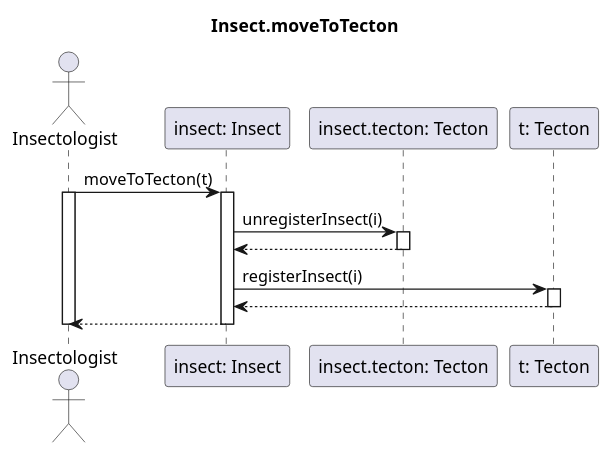
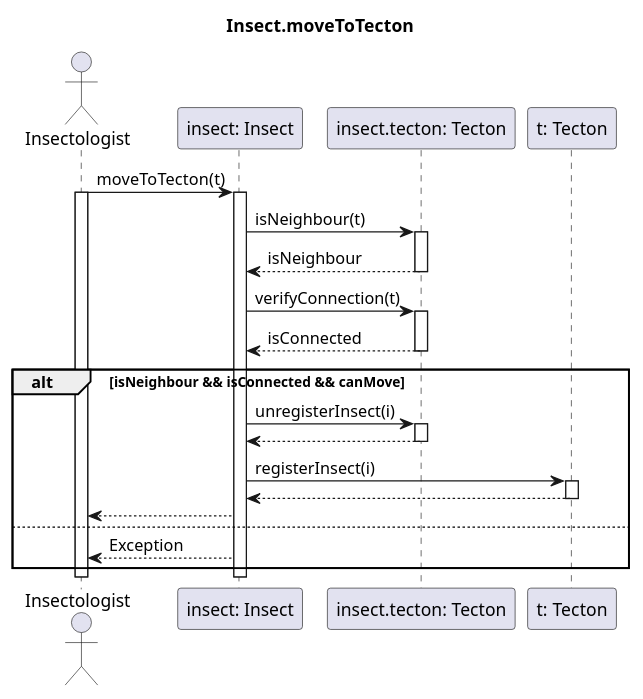
Before and after one commit to dzsem/projlab: the diagram in diagrams/sequence/use_cases/moveToTecton.plantuml, drawn with PlantUML.

Commit message:
Rework moveToTecton seq. diagram

```diff
--- a/diagrams/sequence/use_cases/moveToTecton.plantuml
+++ b/diagrams/sequence/use_cases/moveToTecton.plantuml
@@ -1,31 +1,49 @@
 @startuml Insectologist.moveToTecton
 
 title Insect.moveToTecton
 
 actor "Insectologist" as ins
 participant "insect: Insect" as i
 participant "insect.tecton: Tecton" as it
 participant "t: Tecton" as t
 
 ins -> i: moveToTecton(t)
 activate ins
 activate i
 
-i -> it: unregisterInsect(i)
+i -> it: isNeighbour(t)
 activate it
 
-i <-- it
+i <-- it: isNeighbour
 deactivate it
 
-i -> t: registerInsect(i)
-activate t
+i -> it: verifyConnection(t)
+activate it
 
-i <-- t
-deactivate t
+i <-- it: isConnected
+deactivate it
 
-ins <-- i
+alt isNeighbour && isConnected && canMove
+
+	i -> it: unregisterInsect(i)
+	activate it
+
+	i <-- it
+	deactivate it
+
+	i -> t: registerInsect(i)
+	activate t
+
+	i <-- t
+	deactivate t
+
+	ins <-- i
+else
+	ins <-- i: Exception
+end
+
 deactivate i
 
 deactivate ins
 
 @enduml
```
